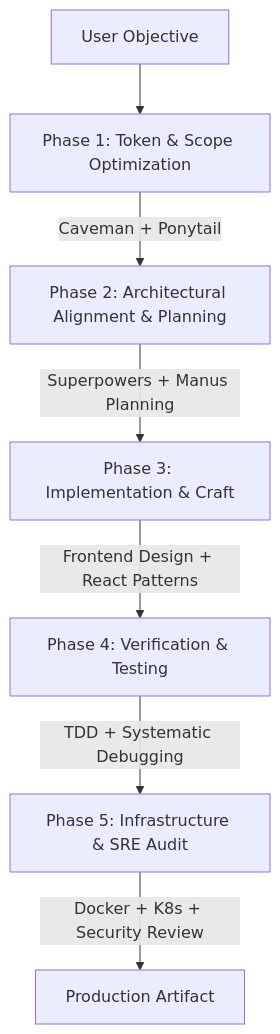
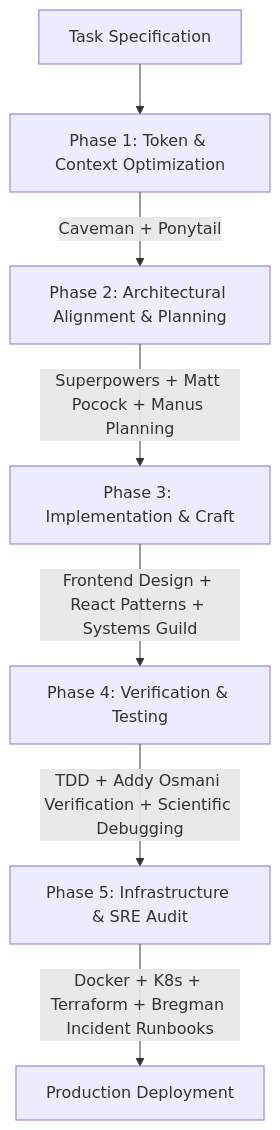
One commit to Serion89/all-in-one-skills-for-ai changed the diagram in README.md. Above: the diagram before and after it, drawn with Mermaid. The commit also changed other lines of this file and 57 other files, not shown here.

Commit message:
feat: expand collection to 85 verified skills including Addy Osmani, Matt Pocock, Systems Guild, and Bregman SRE suites

````diff
--- a/README.md
+++ b/README.md
@@ -22,9 +18,9 @@
 ```mermaid
 graph TD
-    A[User Objective] --> B[Phase 1: Token & Scope Optimization]
+    A[Task Specification] --> B[Phase 1: Token & Context Optimization]
     B -->|Caveman + Ponytail| C[Phase 2: Architectural Alignment & Planning]
-    C -->|Superpowers + Manus Planning| D[Phase 3: Implementation & Craft]
-    D -->|Frontend Design + React Patterns| E[Phase 4: Verification & Testing]
-    E -->|TDD + Systematic Debugging| F[Phase 5: Infrastructure & SRE Audit]
-    F -->|Docker + K8s + Security Review| G[Production Artifact]
+    C -->|Superpowers + Matt Pocock + Manus Planning| D[Phase 3: Implementation & Craft]
+    D -->|Frontend Design + React Patterns + Systems Guild| E[Phase 4: Verification & Testing]
+    E -->|TDD + Addy Osmani Verification + Scientific Debugging| F[Phase 5: Infrastructure & SRE Audit]
+    F -->|Docker + K8s + Terraform + Bregman Incident Runbooks| G[Production Deployment]
 ```
````
